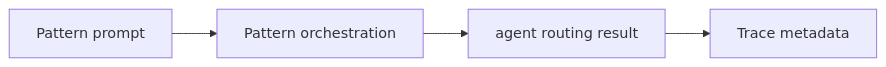
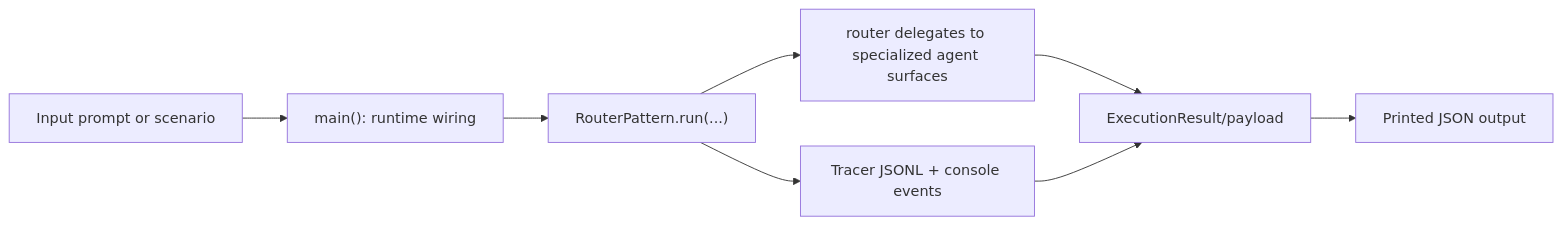
The diagram in docs/examples/patterns/agent_routing.rst (cmudrc/design-research-agents), drawn with Mermaid before and after one commit. The commit also changed other lines of this file and 83 other files, not shown here.

```diff
--- a/docs/examples/patterns/agent_routing.rst
+++ b/docs/examples/patterns/agent_routing.rst
@@ -21,6 +21,10 @@
 .. mermaid::
 
    flowchart LR
-       A["Pattern prompt"] --> B["Pattern orchestration"]
-       B --> C["agent routing result"]
-       C --> D["Trace metadata"]
+       A["Input prompt or scenario"] --> B["main(): runtime wiring"]
+       B --> C["RouterPattern.run(...)"]
+       C --> D["router delegates to specialized agent surfaces"]
+       C --> E["Tracer JSONL + console events"]
+       D --> F["ExecutionResult/payload"]
+       E --> F
+       F --> G["Printed JSON output"]
```
